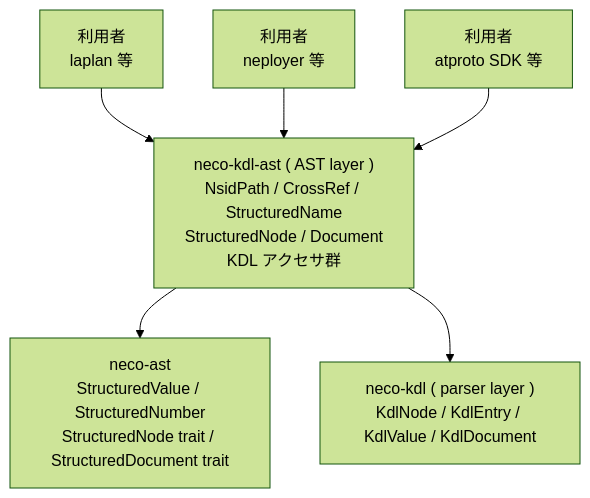
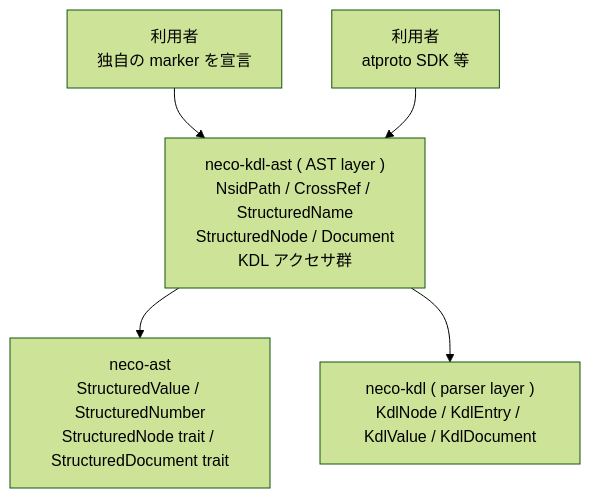
Before and after one commit to barineco/neco-parser: the diagram in neco-kdl-ast/docs/architecture/overview.md, drawn with Mermaid (forest theme). The commit also changed other lines of this file and 85 other files, not shown here.

````diff
--- a/neco-kdl-ast/docs/architecture/overview.md
+++ b/neco-kdl-ast/docs/architecture/overview.md
@@ -5,14 +7,12 @@
 ```mermaid
 graph TD
-    C1[利用者<br/>laplan 等]
-    C2[利用者<br/>neployer 等]
+    C1[利用者<br/>独自の marker を宣言]
     C3[利用者<br/>atproto SDK 等]
     CORE["neco-ast<br/>StructuredValue / StructuredNumber<br/>StructuredNode trait / StructuredDocument trait"]
     AST["neco-kdl-ast ( AST layer )<br/>NsidPath / CrossRef / StructuredName<br/>StructuredNode / Document<br/>KDL アクセサ群"]
     PAR["neco-kdl ( parser layer )<br/>KdlNode / KdlEntry / KdlValue / KdlDocument"]
     C1 --> AST
-    C2 --> AST
     C3 --> AST
     AST --> CORE
     AST --> PAR
 ```
````
